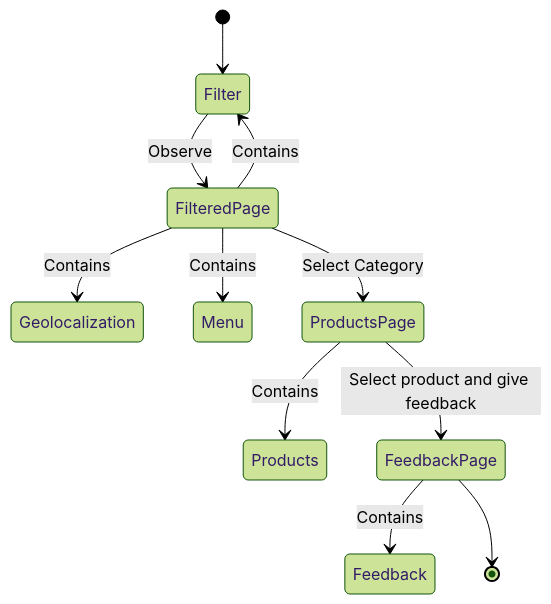
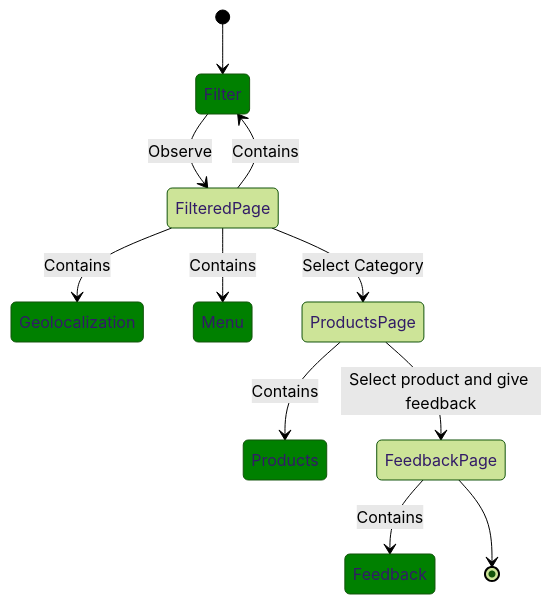
One commit to 0xjrr/aw-project changed the diagram in micro-frontends/story/story-feedback.md. Above: the diagram before and after it, drawn with Mermaid (forest theme).

````diff
--- a/micro-frontends/story/story-feedback.md
+++ b/micro-frontends/story/story-feedback.md
@@ -1,13 +1,17 @@
 ```mermaid
 stateDiagram-v2
+    classDef coloring fill:green  
+
     [*] --> Filter
     FilteredPage --> Geolocalization: Contains
     FilteredPage --> Filter: Contains
     FilteredPage --> Menu: Contains
     Filter --> FilteredPage: Observe
     FilteredPage --> ProductsPage: Select Category
     ProductsPage --> Products: Contains
     FeedbackPage --> Feedback: Contains
     ProductsPage --> FeedbackPage: Select product and give feedback
     FeedbackPage --> [*]
+
+    class Geolocalization, Menu, Products, Feedback, Filter coloring
 ```
````
